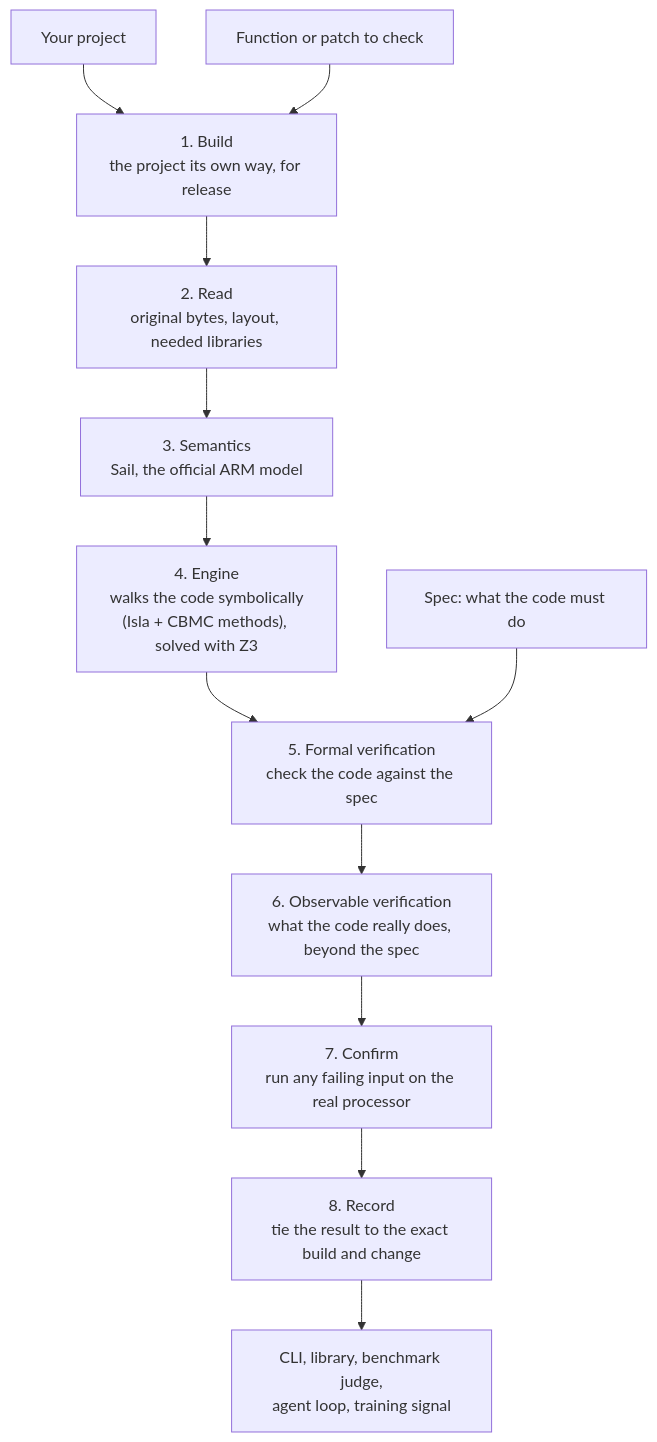
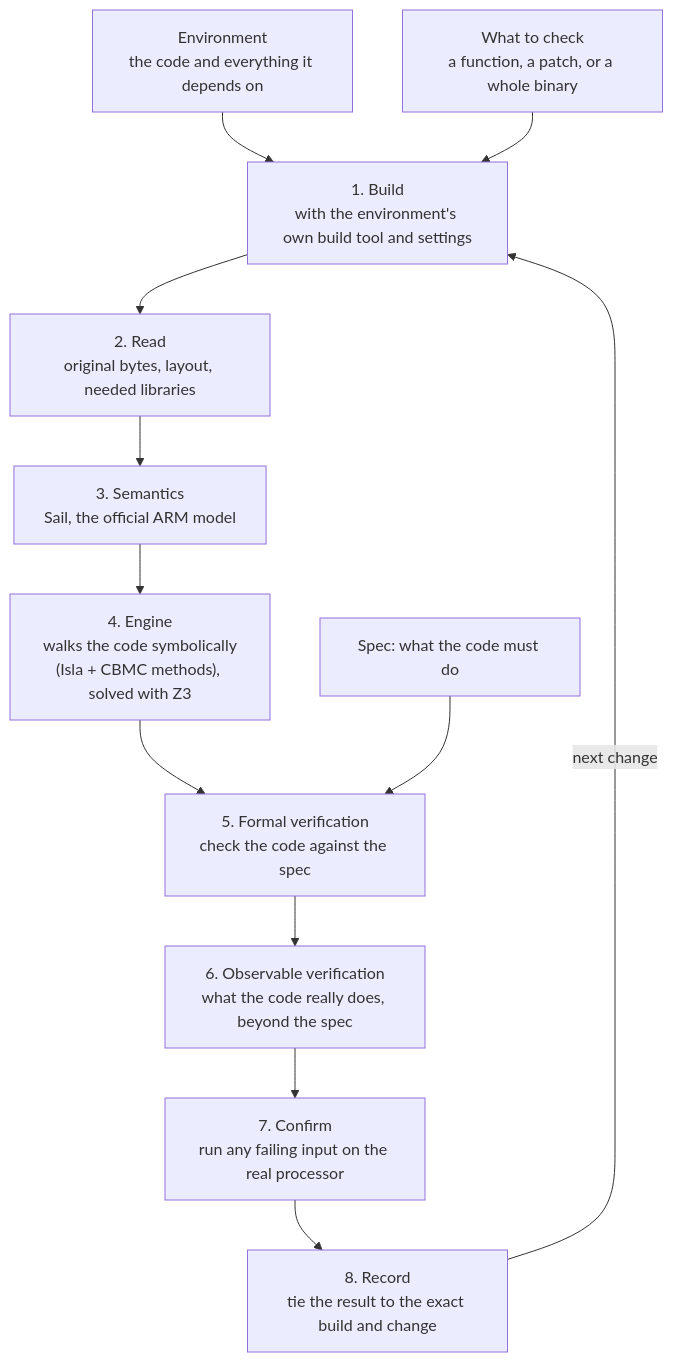
One commit to HyperMarble/hyperray changed the diagram in README.md. Above: the diagram before and after it, drawn with Mermaid. The commit also changed other lines of this file, not shown here.

Commit message:
docs: update the readme flow

````diff
--- a/README.md
+++ b/README.md
@@ -23,15 +23,15 @@
 ```mermaid
 flowchart TD
-    project["Your project"] --> build
-    selection["Function or patch to check"] --> build
-    build["1. Build<br/>the project its own way, for release"] --> read
+    environment["Environment<br/>the code and everything it depends on"] --> build
+    selection["What to check<br/>a function, a patch, or a whole binary"] --> build
+    build["1. Build<br/>with the environment's own build tool and settings"] --> read
     read["2. Read<br/>original bytes, layout, needed libraries"] --> semantics
     semantics["3. Semantics<br/>Sail, the official ARM model"] --> engine
     engine["4. Engine<br/>walks the code symbolically<br/>(Isla + CBMC methods), solved with Z3"] --> formal
     spec["Spec: what the code must do"] --> formal
     formal["5. Formal verification<br/>check the code against the spec"] --> observable
     observable["6. Observable verification<br/>what the code really does, beyond the spec"] --> confirm
     confirm["7. Confirm<br/>run any failing input on the real processor"] --> record
-    record["8. Record<br/>tie the result to the exact build and change"] --> uses
-    uses["CLI, library, benchmark judge,<br/>agent loop, training signal"]
+    record["8. Record<br/>tie the result to the exact build and change"]
+    record -- "next change" --> build
 ```
````
